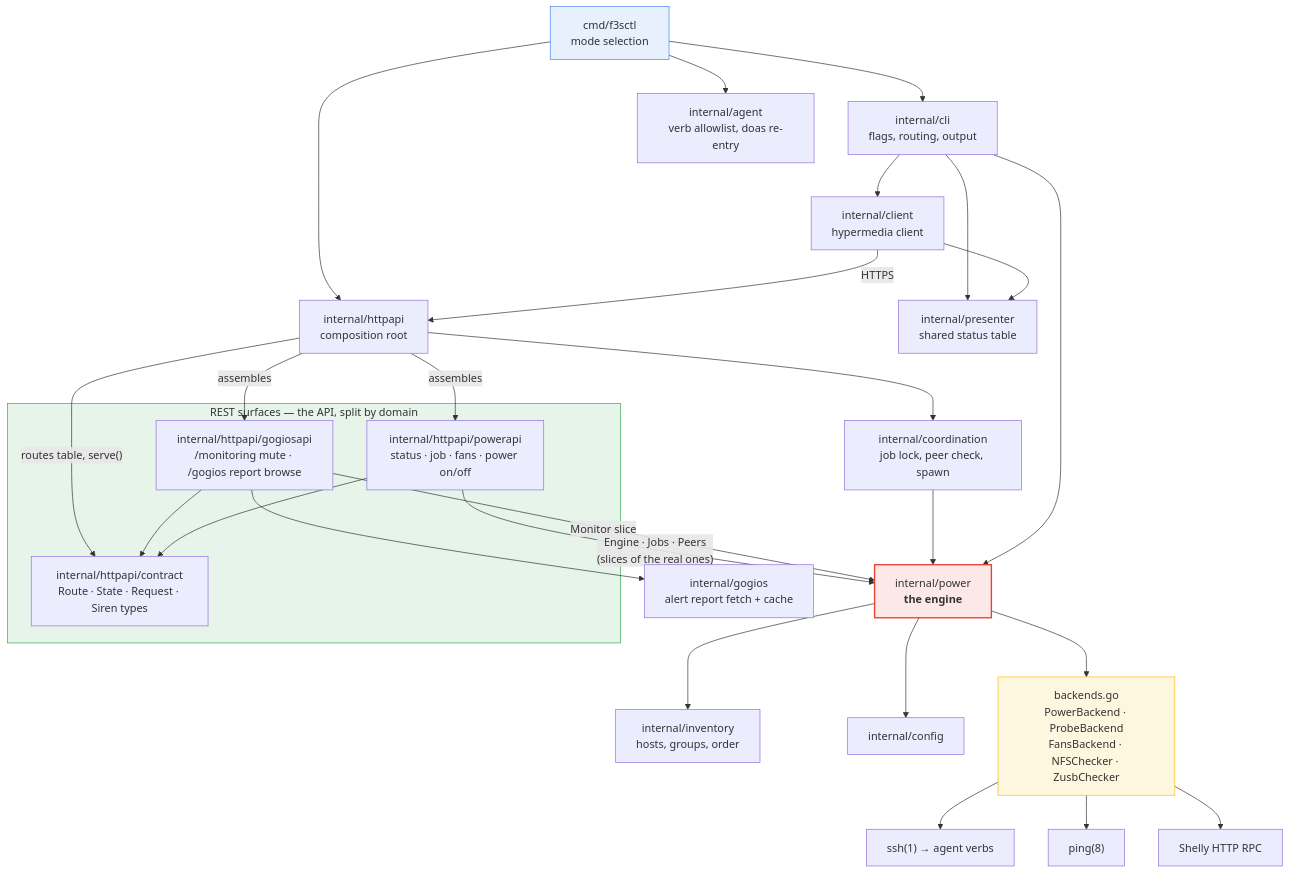
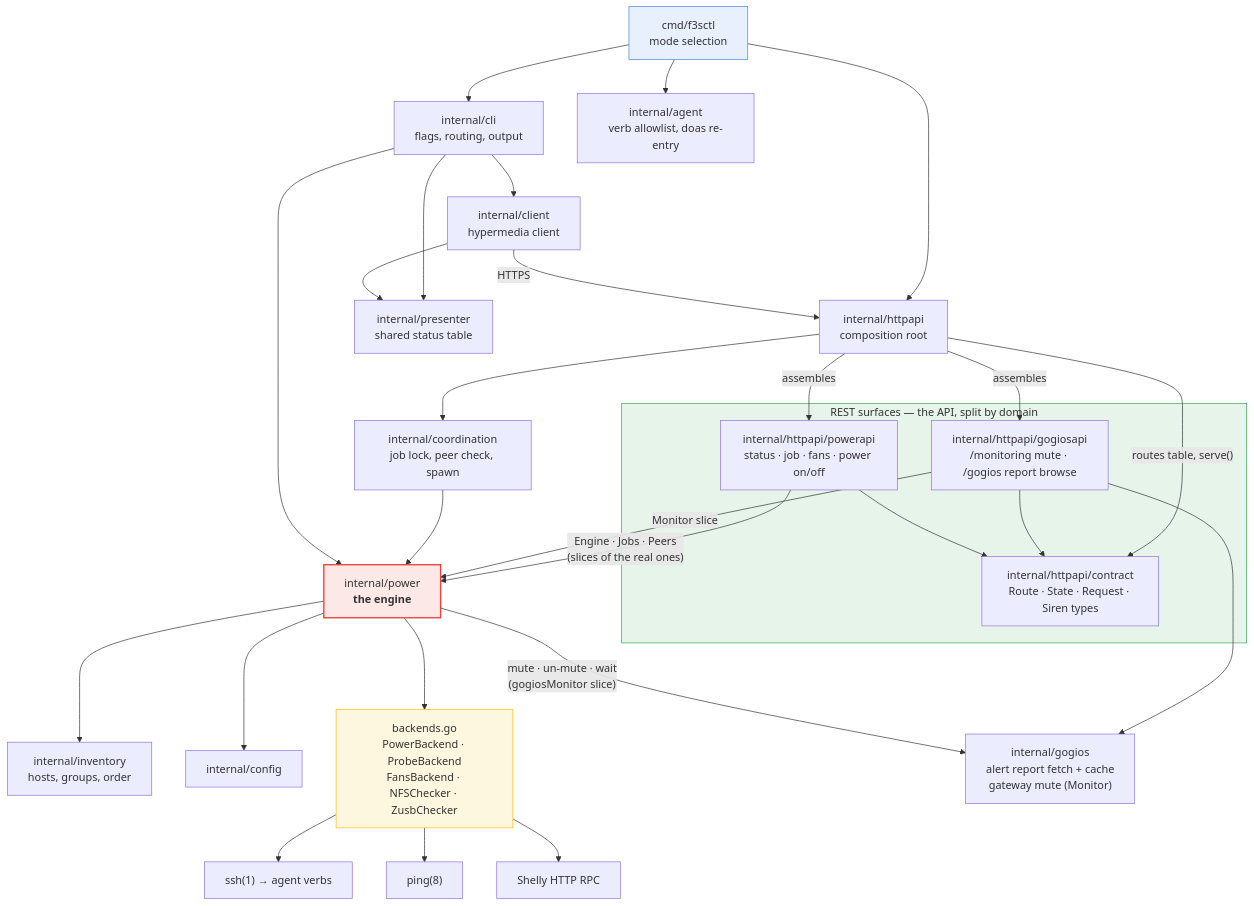
Before and after one commit to snonux/f3sctl: the second of 5 diagrams in docs/ARCHITECTURE.md, drawn with Mermaid. The commit also changed 28 other files, not shown here.

First line of the commit message:
gogios: move the Gogios mute mechanism out of power (task ha)

````diff
--- a/docs/ARCHITECTURE.md
+++ b/docs/ARCHITECTURE.md
@@ -61,43 +61,44 @@
 ```mermaid
 flowchart TD
     MAIN["cmd/f3sctl<br/>mode selection"]
 
     MAIN --> CLI["internal/cli<br/>flags, routing, output"]
     MAIN --> API["internal/httpapi<br/>composition root"]
     MAIN --> AGENT["internal/agent<br/>verb allowlist, doas re-entry"]
 
     subgraph SURFACES["REST surfaces — the API, split by domain"]
         CONTRACT["internal/httpapi/contract<br/>Route · State · Request · Siren types"]
         GOGIOSAPI["internal/httpapi/gogiosapi<br/>/monitoring mute · /gogios report browse"]
         POWERAPI["internal/httpapi/powerapi<br/>status · job · fans · power on/off"]
     end
 
     API -->|"routes table, serve()"| CONTRACT
     GOGIOSAPI --> CONTRACT
     POWERAPI --> CONTRACT
     API -->|"assembles"| GOGIOSAPI
     API -->|"assembles"| POWERAPI
 
     CLI --> CLIENT["internal/client<br/>hypermedia client"]
     CLIENT -->|HTTPS| API
     API --> COORD["internal/coordination<br/>job lock, peer check, spawn"]
     COORD --> POWER
     CLI --> POWER["internal/power<br/><b>the engine</b>"]
     POWERAPI -->|"Engine · Jobs · Peers<br/>(slices of the real ones)"| POWER
     GOGIOSAPI -->|"Monitor slice"| POWER
     POWER --> INV["internal/inventory<br/>hosts, groups, order"]
     POWER --> CFG["internal/config"]
     POWER --> BACK["backends.go<br/>PowerBackend · ProbeBackend<br/>FansBackend · NFSChecker · ZusbChecker"]
     BACK --> SSH["ssh(1) → agent verbs"]
     BACK --> PING["ping(8)"]
     BACK --> HTTP["Shelly HTTP RPC"]
-    GOGIOSAPI --> REPORT["internal/gogios<br/>alert report fetch + cache"]
+    GOGIOSAPI --> REPORT["internal/gogios<br/>alert report fetch + cache<br/>gateway mute (Monitor)"]
+    POWER -->|"mute · un-mute · wait<br/>(gogiosMonitor slice)"| REPORT
 
     CLI --> PRES["internal/presenter<br/>shared status table"]
     CLIENT --> PRES
 
     style POWER fill:#fce8e6,stroke:#ea4335,stroke-width:2px
     style BACK fill:#fef7e0,stroke:#fbbc04
     style SURFACES fill:#e6f4ea,stroke:#34a853
     style MAIN fill:#e8f0fe,stroke:#4285f4
 ```
````
